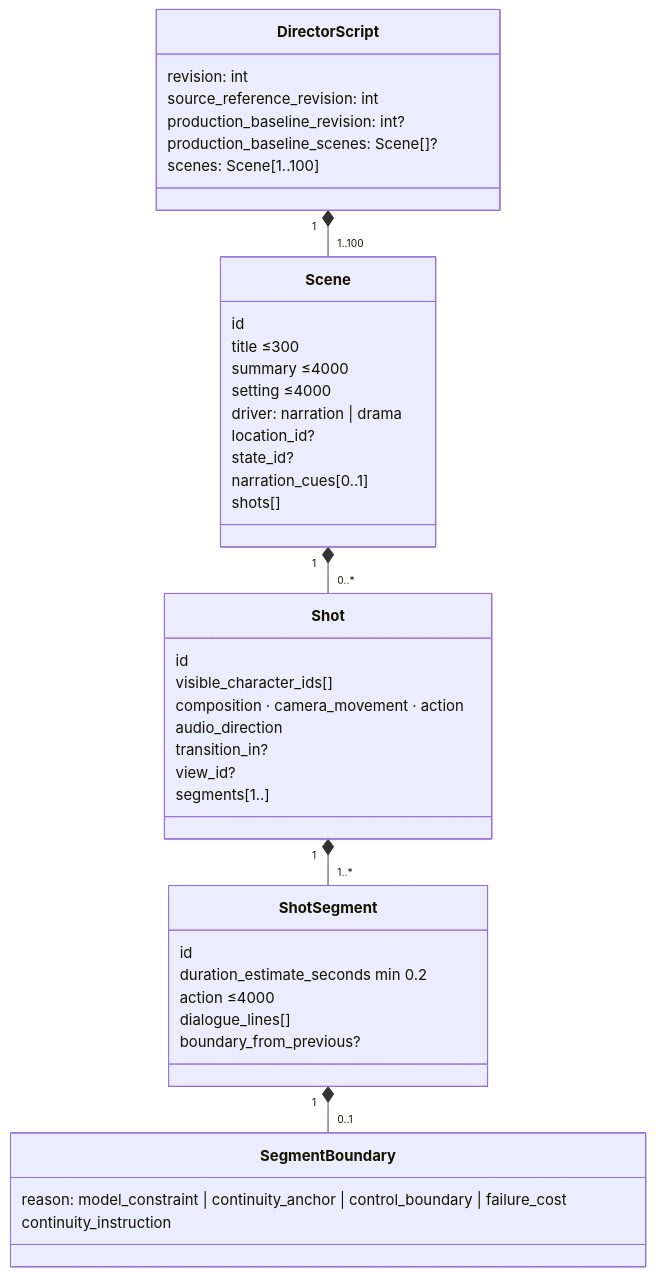
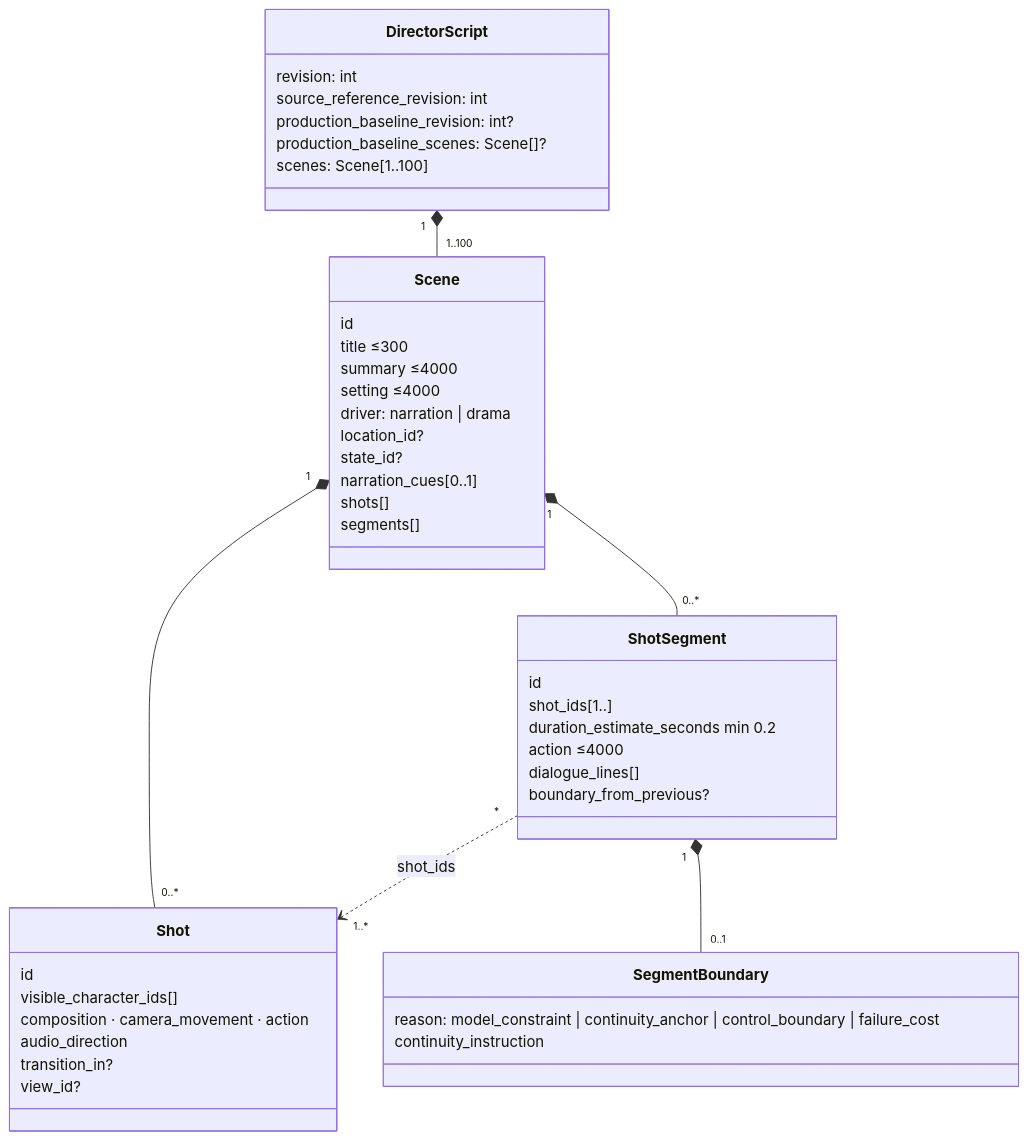
The third of 6 diagrams in docs/data-model.md (LJXLJXLJX/StoryRail), drawn with Mermaid before and after one commit. The commit also changed other lines of this file and 69 other files, not shown here.

First line of the commit message:
refactor(script): schema v33 存储翻转，Scene 并列 Shot 与 Segment

````diff
--- a/docs/data-model.md
+++ b/docs/data-model.md
@@ -127,45 +128,47 @@
 ```mermaid
 classDiagram
     class DirectorScript {
       revision: int
       source_reference_revision: int
       production_baseline_revision: int?
       production_baseline_scenes: Scene[]?
       scenes: Scene[1..100]
     }
     class Scene {
       id
       title ≤300
       summary ≤4000
       setting ≤4000
       driver: narration | drama
       location_id?
       state_id?
       narration_cues[0..1]
       shots[]
+      segments[]
     }
     class Shot {
       id
       visible_character_ids[]
       composition · camera_movement · action
       audio_direction
       transition_in?
       view_id?
-      segments[1..]
     }
     class ShotSegment {
       id
+      shot_ids[1..]
       duration_estimate_seconds min 0.2
       action ≤4000
       dialogue_lines[]
       boundary_from_previous?
     }
     class SegmentBoundary {
       reason: model_constraint | continuity_anchor | control_boundary | failure_cost
       continuity_instruction
     }
     DirectorScript "1" *-- "1..100" Scene
     Scene "1" *-- "0..*" Shot
-    Shot "1" *-- "1..*" ShotSegment
+    Scene "1" *-- "0..*" ShotSegment
+    ShotSegment "*" ..> "1..*" Shot : shot_ids
     ShotSegment "1" *-- "0..1" SegmentBoundary
 ```
````
